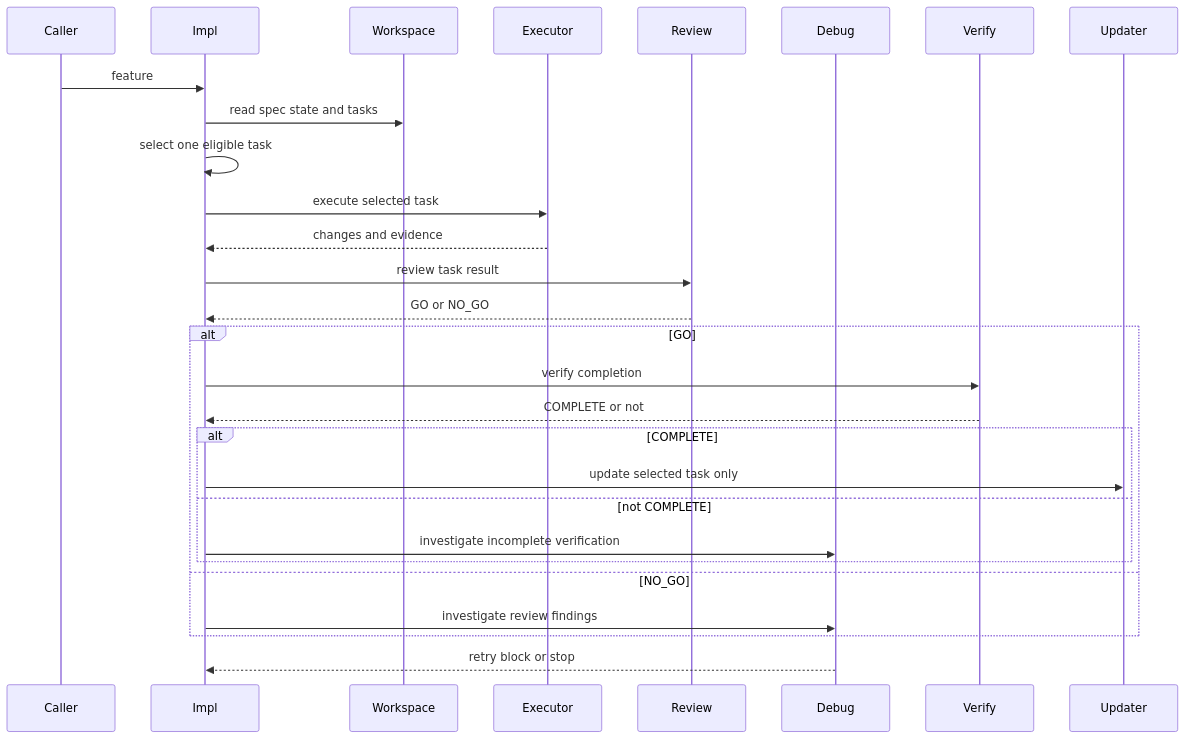
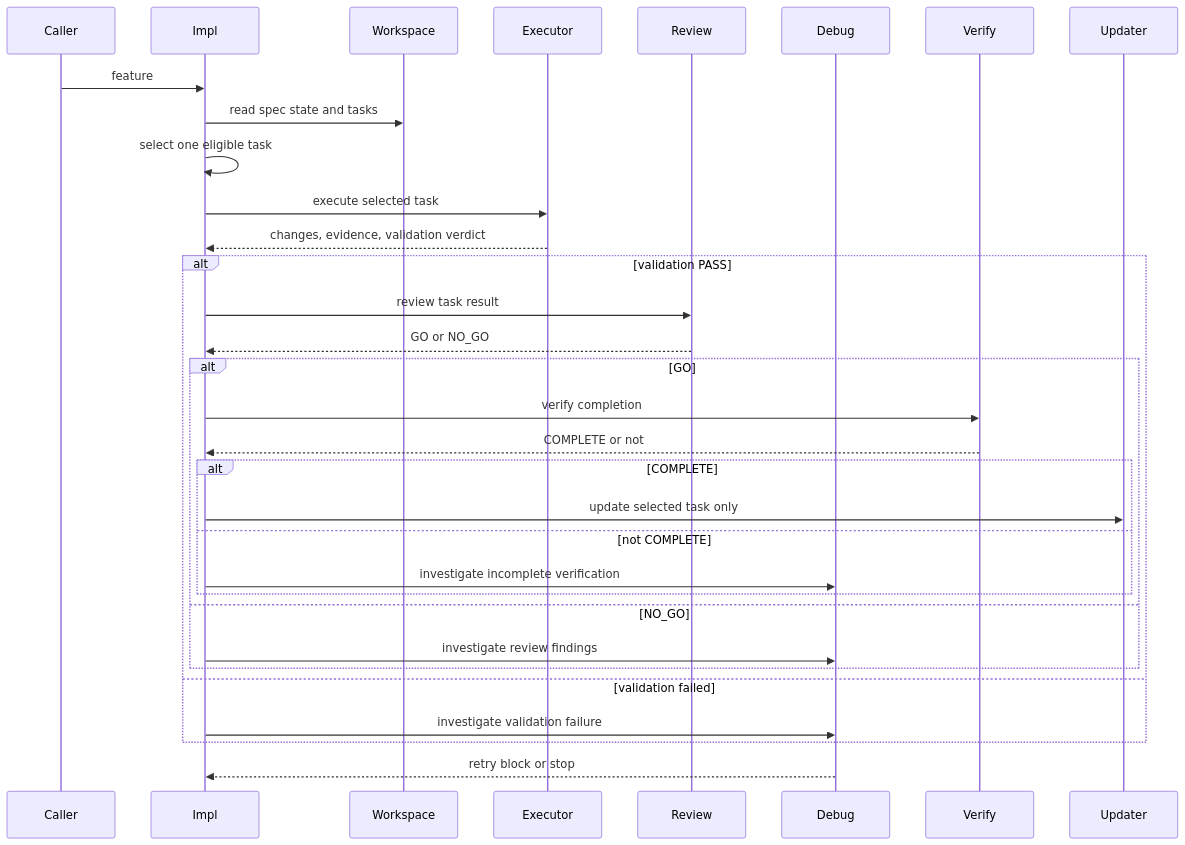
The second of 3 diagrams in .kiro/specs/kiro-iterative-implementation-workflow/design.md (j5ik2o/takt-sdd), drawn with Mermaid before and after one commit. The commit also changed other lines of this file and 4 other files, not shown here.

````diff
--- a/.kiro/specs/kiro-iterative-implementation-workflow/design.md
+++ b/.kiro/specs/kiro-iterative-implementation-workflow/design.md
@@ -195,30 +197,34 @@
 ```mermaid
 sequenceDiagram
     participant Caller
     participant Impl
     participant Workspace
     participant Executor
     participant Review
     participant Debug
     participant Verify
     participant Updater
     Caller->>Impl: feature
     Impl->>Workspace: read spec state and tasks
     Impl->>Impl: select one eligible task
     Impl->>Executor: execute selected task
-    Executor-->>Impl: changes and evidence
-    Impl->>Review: review task result
-    Review-->>Impl: GO or NO_GO
-    alt GO
-        Impl->>Verify: verify completion
-        Verify-->>Impl: COMPLETE or not
-        alt COMPLETE
-            Impl->>Updater: update selected task only
-        else not COMPLETE
-            Impl->>Debug: investigate incomplete verification
+    Executor-->>Impl: changes, evidence, validation verdict
+    alt validation PASS
+        Impl->>Review: review task result
+        Review-->>Impl: GO or NO_GO
+        alt GO
+            Impl->>Verify: verify completion
+            Verify-->>Impl: COMPLETE or not
+            alt COMPLETE
+                Impl->>Updater: update selected task only
+            else not COMPLETE
+                Impl->>Debug: investigate incomplete verification
+            end
+        else NO_GO
+            Impl->>Debug: investigate review findings
         end
-    else NO_GO
-        Impl->>Debug: investigate review findings
+    else validation failed
+        Impl->>Debug: investigate validation failure
     end
     Debug-->>Impl: retry block or stop
 ```
````
